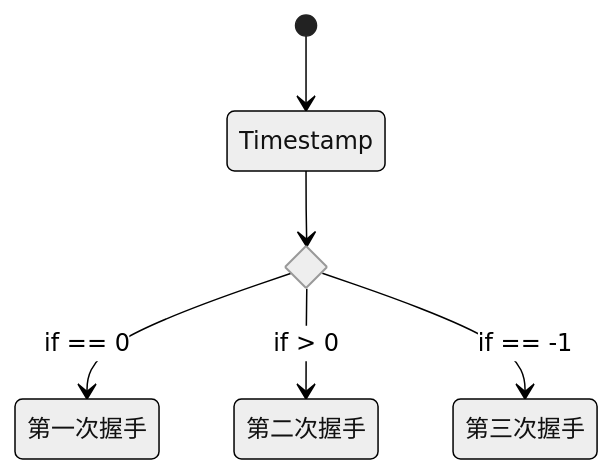
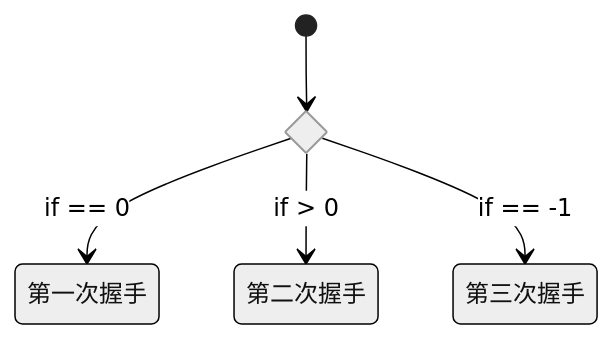
The third of 4 diagrams in _posts/2022-11-13-utcp_handshake.md (dpull/dpull.github.io), drawn with Mermaid (neutral theme) before and after one commit. The commit also changed other lines of this file, not shown here.

````diff
--- a/_posts/2022-11-13-utcp_handshake.md
+++ b/_posts/2022-11-13-utcp_handshake.md
@@ -42,9 +43,8 @@
 ```mermaid
 stateDiagram-v2
-    state if_state <<choice>>
+    state Timestamp <<choice>>
     [*] --> Timestamp
-    Timestamp --> if_state
-    if_state --> 第一次握手: if == 0
-    if_state --> 第二次握手 : if > 0
-    if_state --> 第三次握手 : if == -1
+    Timestamp --> 第一次握手: if == 0
+    Timestamp --> 第二次握手 : if > 0
+    Timestamp --> 第三次握手 : if == -1
 ```
````
